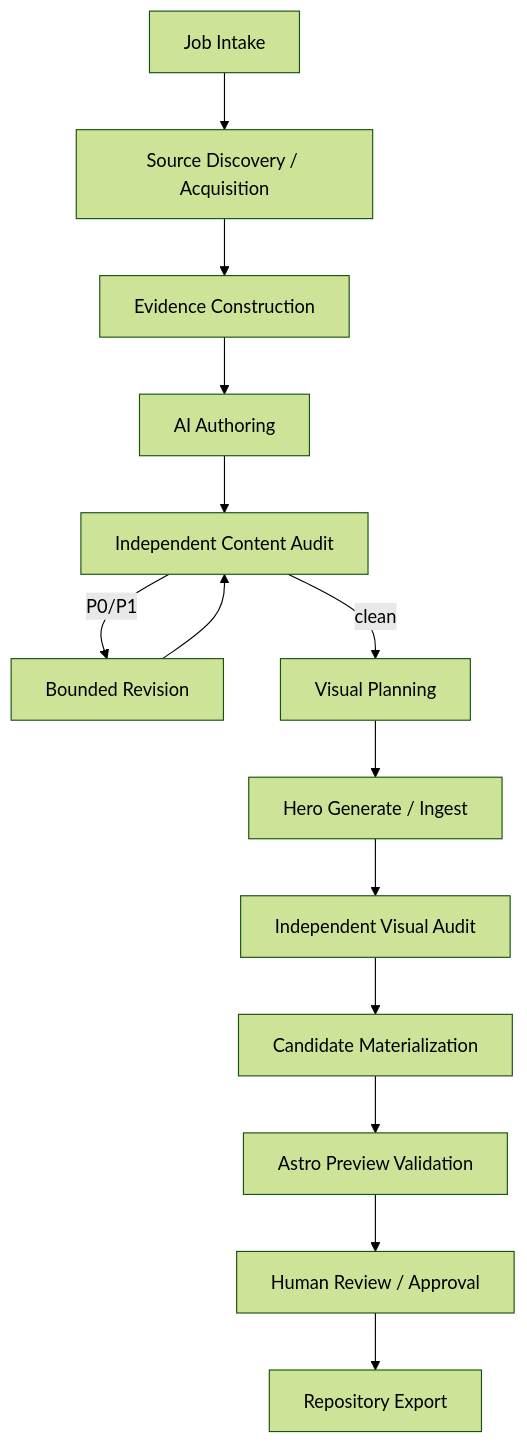
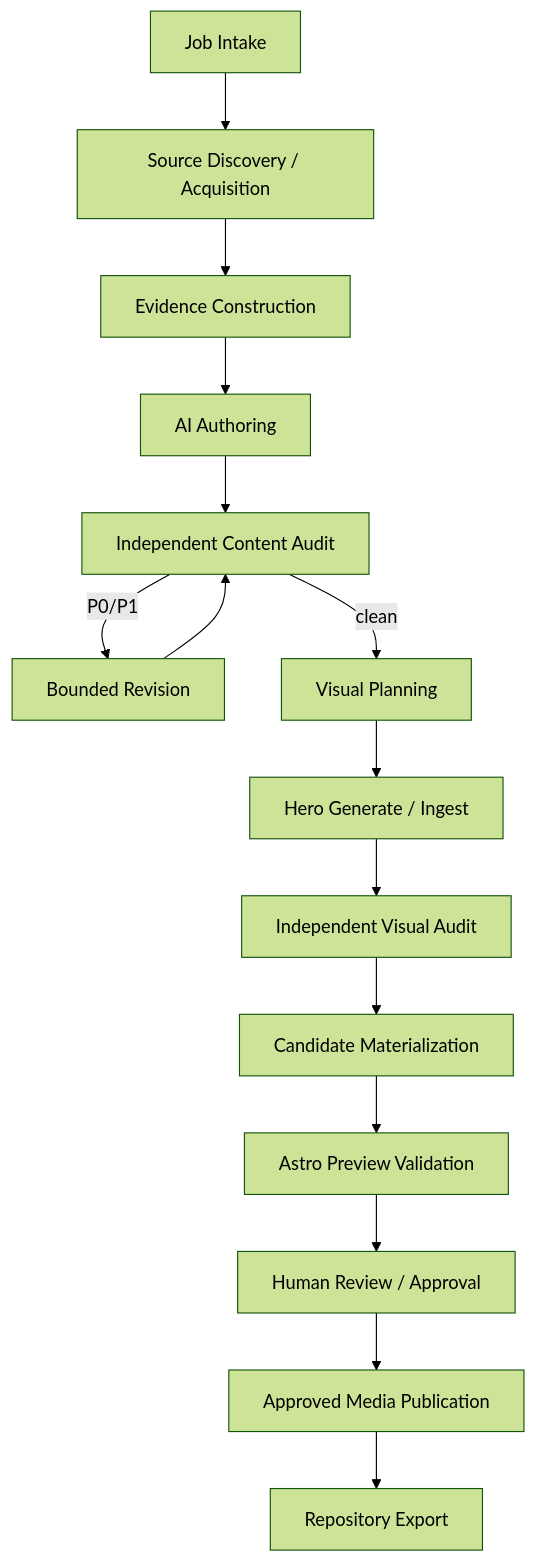
One commit to Xpotato1024/xpotato-site changed the diagram in docs/architecture/article-pipeline.md. Above: the diagram before and after it, drawn with Mermaid (forest theme). The commit also changed other lines of this file, not shown here.

Commit message:
Align Article Job pipeline with approved R2 media publication

````diff
--- a/docs/architecture/article-pipeline.md
+++ b/docs/architecture/article-pipeline.md
@@ -23,20 +23,21 @@
 ```mermaid
 flowchart TD
     A[Job Intake]
     B[Source Discovery / Acquisition]
     C[Evidence Construction]
     D[AI Authoring]
     E[Independent Content Audit]
     F[Bounded Revision]
     G[Visual Planning]
     H[Hero Generate / Ingest]
     I[Independent Visual Audit]
     J[Candidate Materialization]
     K[Astro Preview Validation]
     L[Human Review / Approval]
-    M[Repository Export]
+    M[Approved Media Publication]
+    N[Repository Export]
 
     A --> B --> C --> D --> E
     E -->|P0/P1| F --> E
-    E -->|clean| G --> H --> I --> J --> K --> L --> M
+    E -->|clean| G --> H --> I --> J --> K --> L --> M --> N
 ```
````
